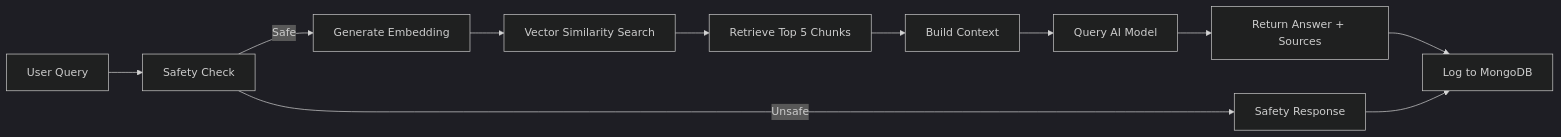
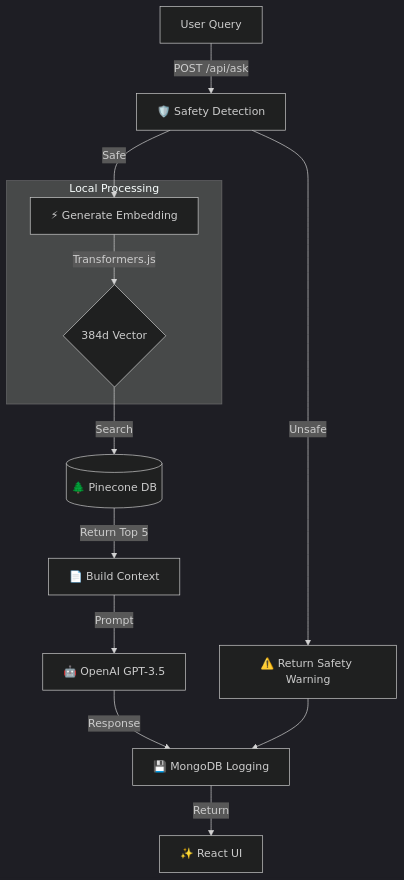
The diagram in README.md (IronwallxR5/Yoga), drawn with Mermaid (dark theme) before and after one commit. The commit also changed other lines of this file, not shown here.

Commit message:
docs: Overhaul README with detailed pipeline diagrams and performance stats

````diff
--- a/README.md
+++ b/README.md
@@ -111,13 +95,19 @@
 ```mermaid
-graph LR
-    A[User Query] --> B[Safety Check]
-    B -->|Unsafe| C[Safety Response]
-    B -->|Safe| D[Generate Embedding]
-    D --> E[Vector Similarity Search]
-    E --> F[Retrieve Top 5 Chunks]
-    F --> G[Build Context]
-    G --> H[Query AI Model]
-    H --> I[Return Answer + Sources]
-    I --> J[Log to MongoDB]
-    C --> J
+graph TD
+    User[User Query] -->|POST /api/ask| Safety[🛡️ Safety Detection]
+    Safety -->|Unsafe| Warning[⚠️ Return Safety Warning]
+    Safety -->|Safe| Embed[⚡ Generate Embedding]
+    
+    subgraph "Local Processing"
+    Embed -->|Transformers.js| Vector{384d Vector}
+    end
+    
+    Vector -->|Search| Pinecone[(🌲 Pinecone DB)]
+    Pinecone -->|Return Top 5| Context[📄 Build Context]
+    
+    Context -->|Prompt| LLM[🤖 OpenAI GPT-3.5]
+    LLM -->|Response| Log[💾 MongoDB Logging]
+    Warning --> Log
+    
+    Log -->|Return| UI[✨ React UI]
 ```
````
